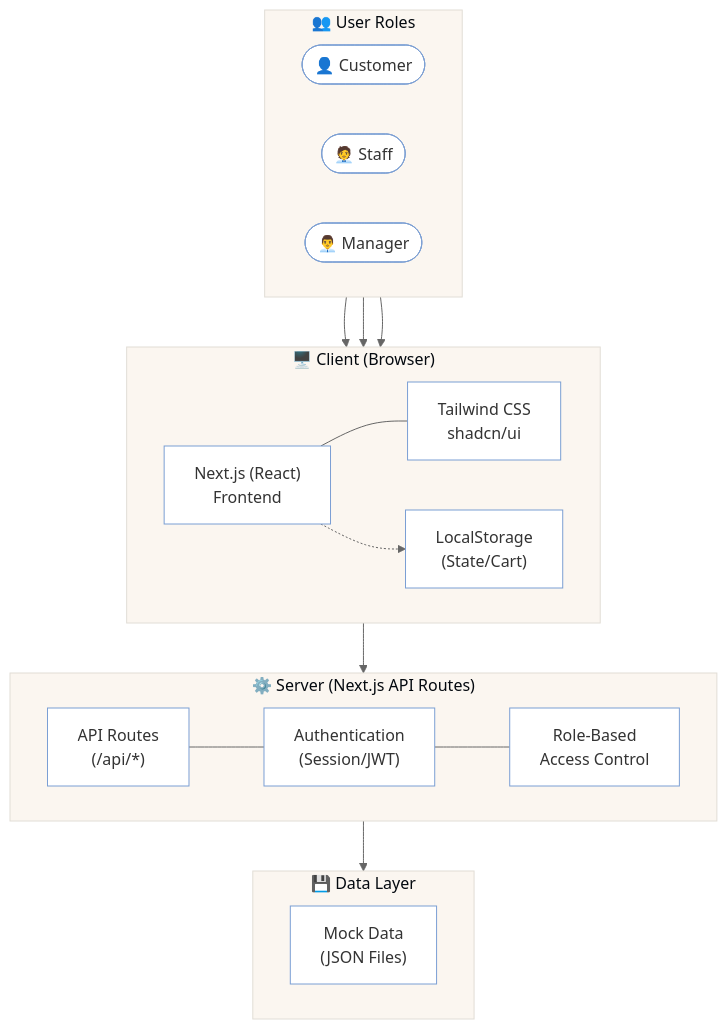
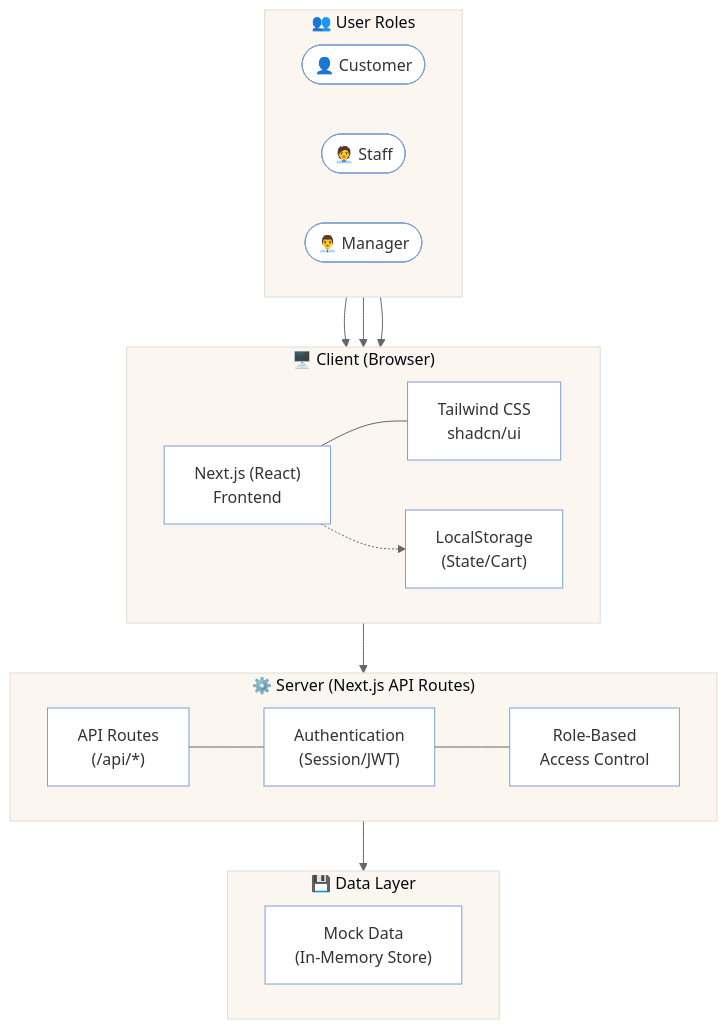
Before and after one commit to ArGusmumumimi/PC-Center-: the eighth of 8 diagrams in README.md, drawn with Mermaid. The commit also changed other lines of this file, not shown here.

````diff
--- a/README.md
+++ b/README.md
@@ -582,37 +581,37 @@
 ```mermaid
 %%{init: {'theme': 'base', 'themeVariables': {'primaryColor': '#dce6f5', 'primaryTextColor': '#333', 'primaryBorderColor': '#7b9fd4', 'lineColor': '#666', 'background': '#ffffff', 'mainBkg': '#ffffff'}}}%%
 flowchart TB
     subgraph Client["🖥️ Client (Browser)"]
         direction LR
         NEXT["Next.js (React)\nFrontend"]
         TW["Tailwind CSS\nshadcn/ui"]
         LS["LocalStorage\n(State/Cart)"]
     end
 
     subgraph Server["⚙️ Server (Next.js API Routes)"]
         direction LR
         API["API Routes\n(/api/*)"]
         AUTH["Authentication\n(Session/JWT)"]
         RBAC["Role-Based\nAccess Control"]
     end
 
     subgraph Data["💾 Data Layer"]
         direction LR
-        MOCK["Mock Data\n(JSON Files)"]
+        MOCK["Mock Data\n(In-Memory Store)"]
     end
 
     subgraph Roles["👥 User Roles"]
         direction LR
         R1(["👤 Customer"])
         R2(["🧑‍💼 Staff"])
         R3(["👨‍💼 Manager"])
     end
 
     R1 & R2 & R3 --> Client
     Client --> Server
     Server --> Data
     NEXT --- TW
     NEXT -.-> LS
     API --- AUTH
     AUTH --- RBAC
 ```
````
